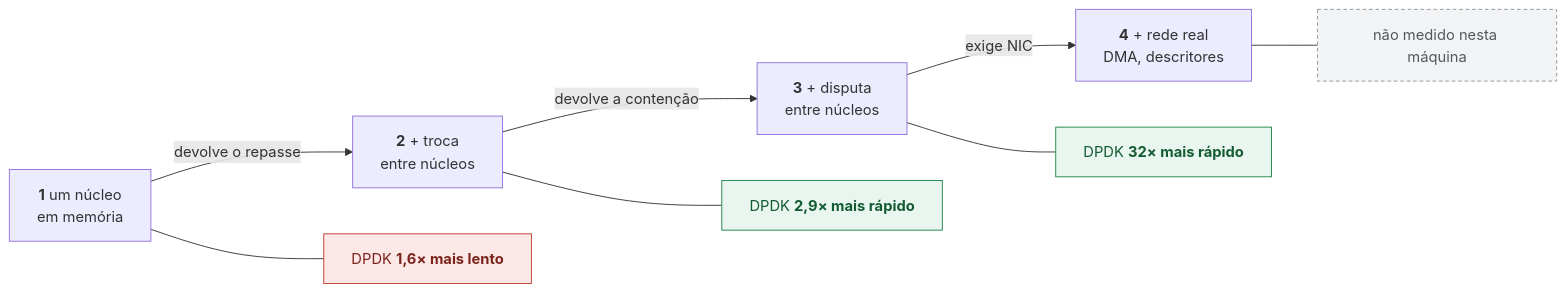
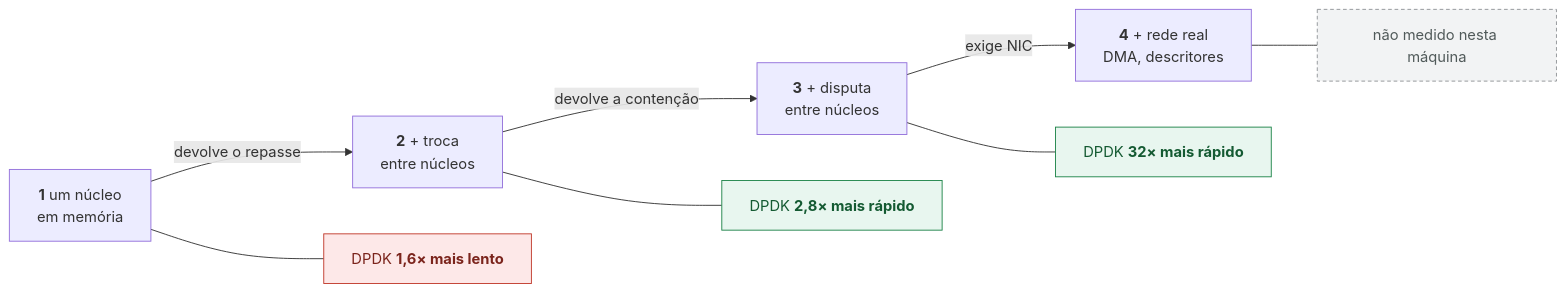
The first of 2 diagrams in trilha/01-fundamentos/02-mempool-ring/alternativas/cpp23/README.md (hroberto/labs-dpdk-academy), drawn with Mermaid before and after one commit. The commit also changed other lines of this file and 2 other files, not shown here.

````diff
--- a/trilha/01-fundamentos/02-mempool-ring/alternativas/cpp23/README.md
+++ b/trilha/01-fundamentos/02-mempool-ring/alternativas/cpp23/README.md
@@ -132,29 +132,29 @@
 ```mermaid
 flowchart LR
     N1["<b>1</b> um núcleo<br/>em memória"]
     N2["<b>2</b> + troca<br/>entre núcleos"]
     N3["<b>3</b> + disputa<br/>entre núcleos"]
     N4["<b>4</b> + rede real<br/>DMA, descritores"]
 
     N1 -->|"devolve o repasse"| N2
     N2 -->|"devolve a contenção"| N3
     N3 -->|"exige NIC"| N4
 
     V1["DPDK <b>1,6× mais lento</b>"]
-    V2["DPDK <b>2,9× mais rápido</b>"]
+    V2["DPDK <b>2,8× mais rápido</b>"]
     V3["DPDK <b>32× mais rápido</b>"]
     V4["não medido nesta máquina"]
 
     N1 --- V1
     N2 --- V2
     N3 --- V3
     N4 --- V4
 
     classDef perde fill:#fde8e8,stroke:#c0392b,color:#7b241c
     classDef ganha fill:#e8f6ef,stroke:#1e8449,color:#145a32
     classDef vazio fill:#f2f3f4,stroke:#909497,color:#515a5a,stroke-dasharray:4 3
     class V1 perde
     class V2 ganha
     class V3 ganha
     class V4 vazio
 ```
````
